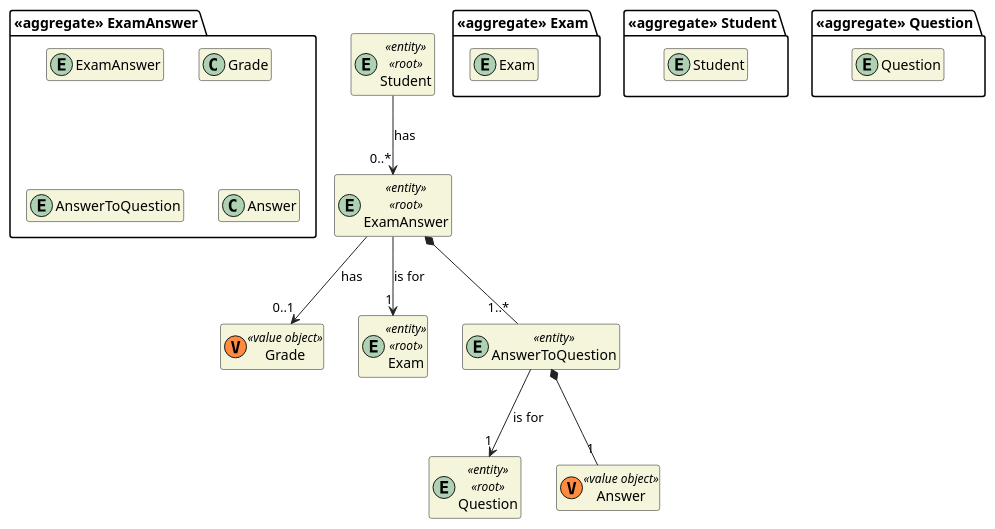
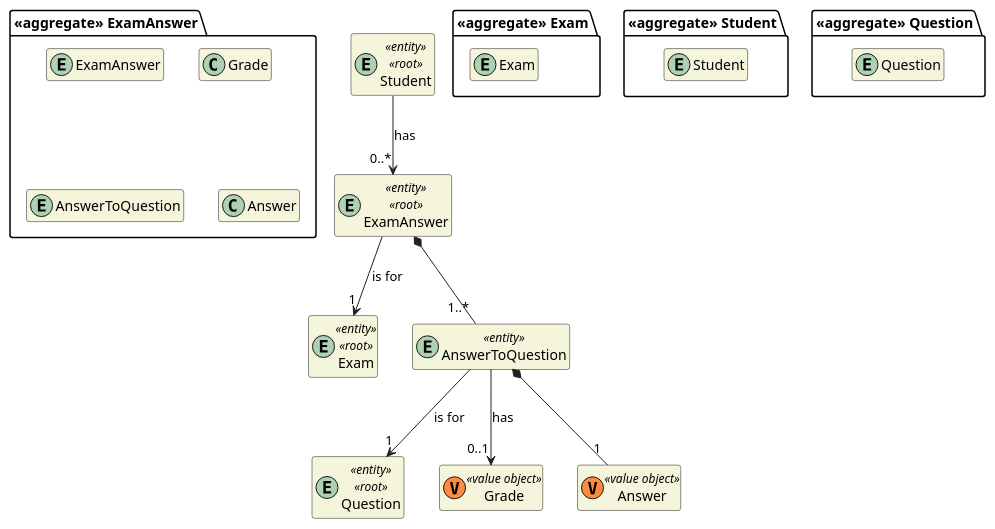
One commit to miseEnPlace-dev/lapr4 changed the diagram in docs/dm/DM_ExamAnswer.puml. Above: the diagram before and after it, drawn with PlantUML. The commit also changed 4 other files, not shown here.

```diff
--- a/docs/dm/DM_ExamAnswer.puml
+++ b/docs/dm/DM_ExamAnswer.puml
@@ -1,54 +1,54 @@
 @startuml DM-EXAM
 'https://plantuml.com/class-diagram
 
 skinparam classAttributeIconSize 0
 hide empty attributes
 hide empty methods
 skinparam classBackgroundColor beige
 skinparam ArrowColor #222222
 
 package "<<aggregate>> Exam" {
   entity Exam
 }
 
 package "<<aggregate>> Student" {
   entity Student
 }
 
 entity Student <<entity>> <<root>> {
 }
 
 package "<<aggregate>> Question" {
   entity Question
 }
 
 entity Question <<entity>> <<root>> {
 }
 
 package "<<aggregate>> ExamAnswer" {
   entity ExamAnswer
 
   class Grade
 
   entity AnswerToQuestion
   class Answer
 }
 
 entity ExamAnswer <<entity>> <<root>> {}
 
 class Grade <<(V,#FF8B40) value object>> {}
 class Answer <<(V,#FF8B40) value object>> {}
 
 entity Exam <<entity>> <<root>> {}
 entity AnswerToQuestion <<entity>> {}
 
 Student --> "0..*"ExamAnswer : has
 ExamAnswer --> "1" Exam : is for
-ExamAnswer --> "0..1" Grade : has
+AnswerToQuestion --> "0..1" Grade : has
 
 AnswerToQuestion --> "1" Question : is for
 AnswerToQuestion *-- "1" Answer
 
 ExamAnswer *-- "1..*" AnswerToQuestion
 
 @enduml
```
